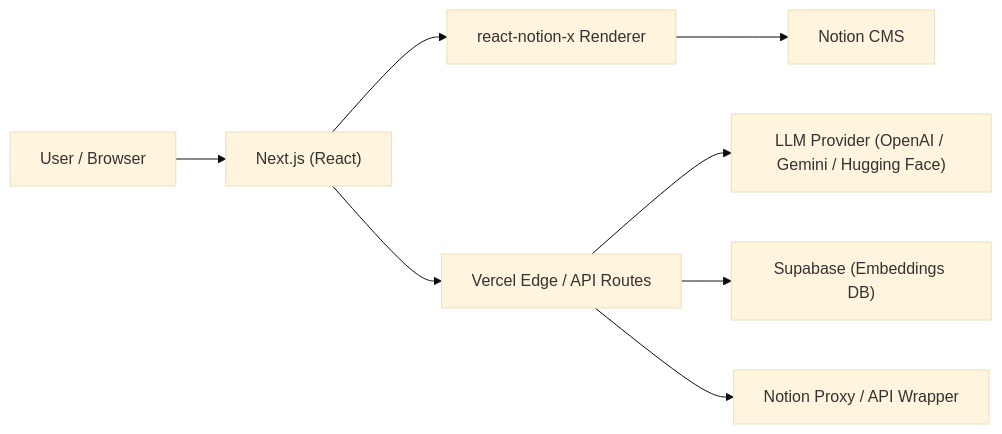
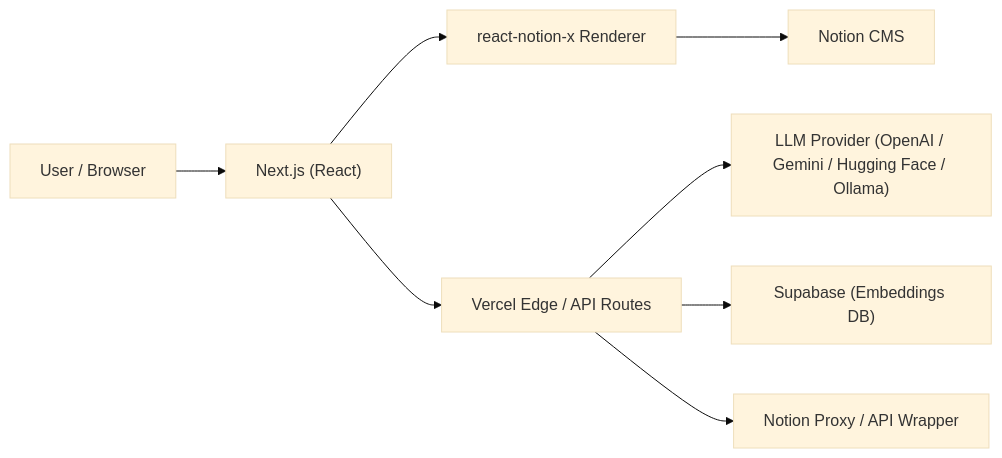
Before and after one commit to jack-h-park/nextjs-react-notion-x: the second of 3 diagrams in readme.md, drawn with Mermaid (base theme). The commit also changed other lines of this file and 13 other files, not shown here.

Commit message:
feat: support Ollama (Mistral) as a LLM provider

````diff
--- a/readme.md
+++ b/readme.md
@@ -118,10 +312,10 @@
 ```mermaid
 flowchart LR
   A["User / Browser"] --> B["Next.js (React)"];
   B --> C["react-notion-x Renderer"];
   C --> D["Notion CMS"];
   B --> E["Vercel Edge / API Routes"];
-  E --> F["LLM Provider (OpenAI / Gemini / Hugging Face)"];
+  E --> F["LLM Provider (OpenAI / Gemini / Hugging Face / Ollama)"];
   E --> G["Supabase (Embeddings DB)"];
   E --> H["Notion Proxy / API Wrapper"];
 ```
````
